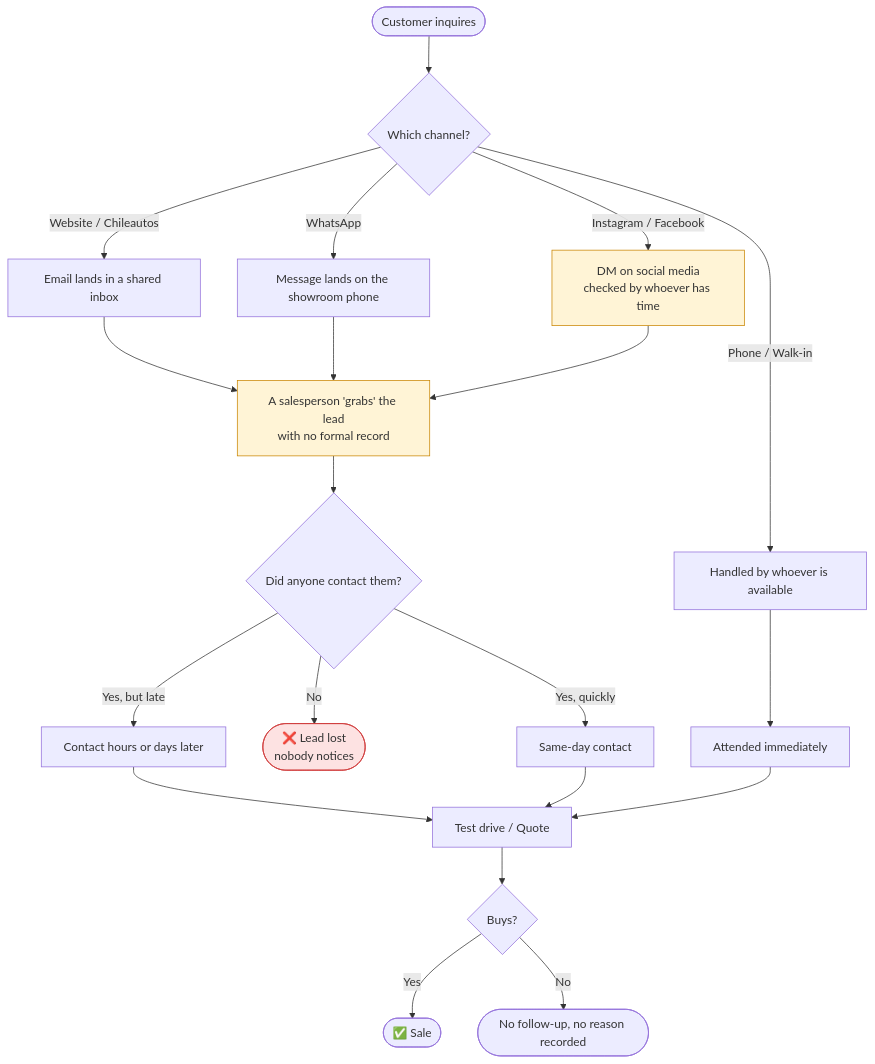
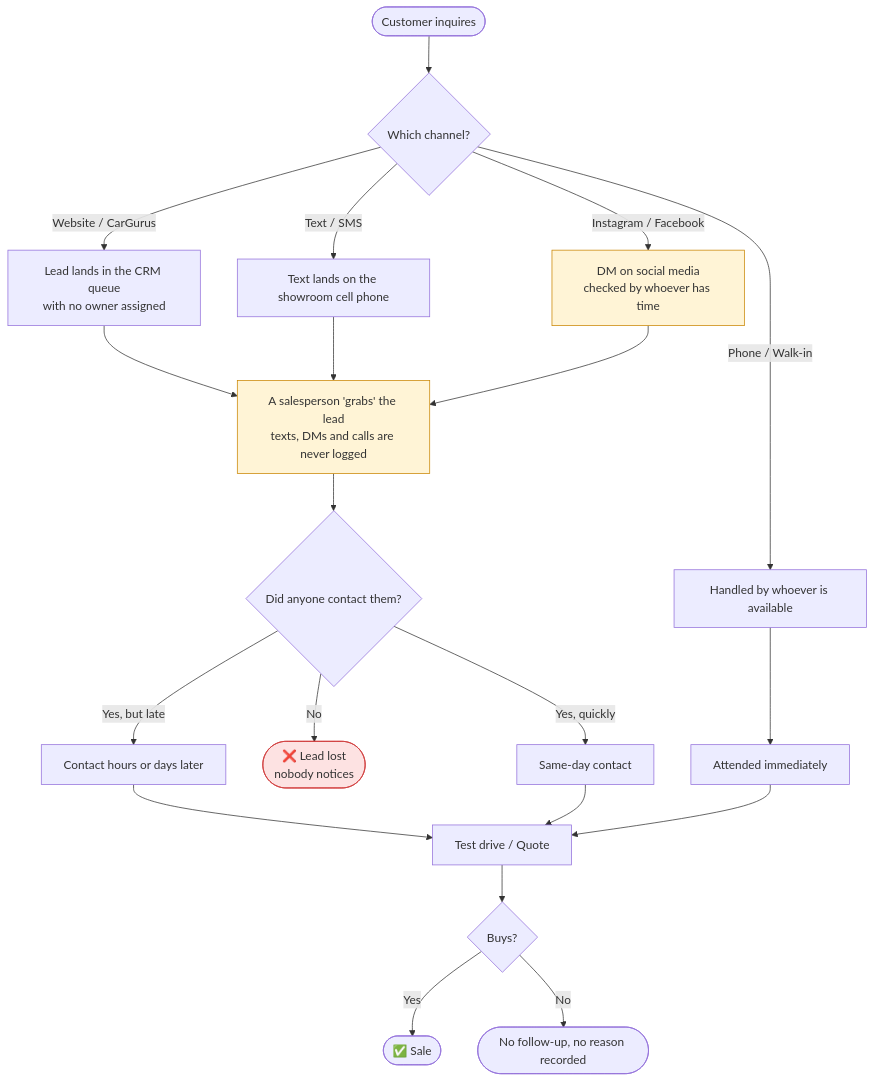
Before and after one commit to diegosilva-design/car-dealership-data-portfolio: the diagram in 01-lead-to-sale/1-diagnosis.md, drawn with Mermaid. The commit also changed other lines of this file and 12 other files, not shown here.

````diff
--- a/01-lead-to-sale/1-diagnosis.md
+++ b/01-lead-to-sale/1-diagnosis.md
@@ -17,26 +17,26 @@
 ```mermaid
 flowchart TD
     A([Customer inquires]) --> B{Which channel?}
-    B -->|Website / Chileautos| C[Email lands in a shared inbox]
-    B -->|WhatsApp| D[Message lands on the showroom phone]
+    B -->|Website / CarGurus| C[Lead lands in the CRM queue<br/>with no owner assigned]
+    B -->|Text / SMS| D[Text lands on the showroom cell phone]
     B -->|Instagram / Facebook| E[DM on social media<br/>checked by whoever has time]
     B -->|Phone / Walk-in| F[Handled by whoever is available]
-    C --> G[A salesperson 'grabs' the lead<br/>with no formal record]
+    C --> G[A salesperson 'grabs' the lead<br/>texts, DMs and calls are never logged]
     D --> G
     E --> G
     F --> H[Attended immediately]
     G --> I{Did anyone contact them?}
     I -->|No| X([❌ Lead lost<br/>nobody notices])
     I -->|Yes, but late| J[Contact hours or days later]
     I -->|Yes, quickly| K[Same-day contact]
     J --> L[Test drive / Quote]
     K --> L
     H --> L
     L --> M{Buys?}
     M -->|Yes| N([✅ Sale])
     M -->|No| O([No follow-up, no reason recorded])
 
     style X fill:#fde2e2,stroke:#d03b3b
     style E fill:#fff4d6,stroke:#c98500
     style G fill:#fff4d6,stroke:#c98500
 ```
````
